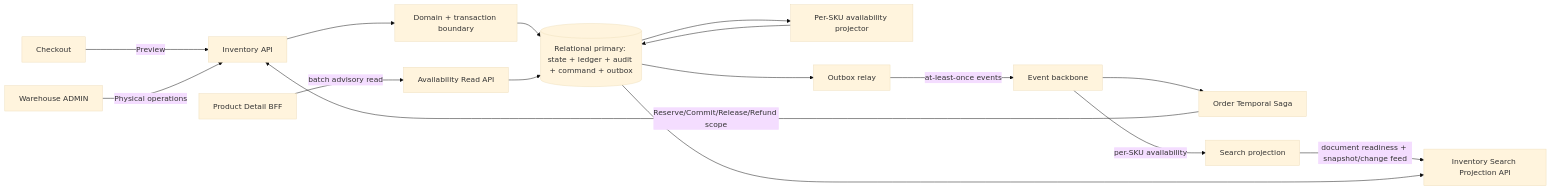
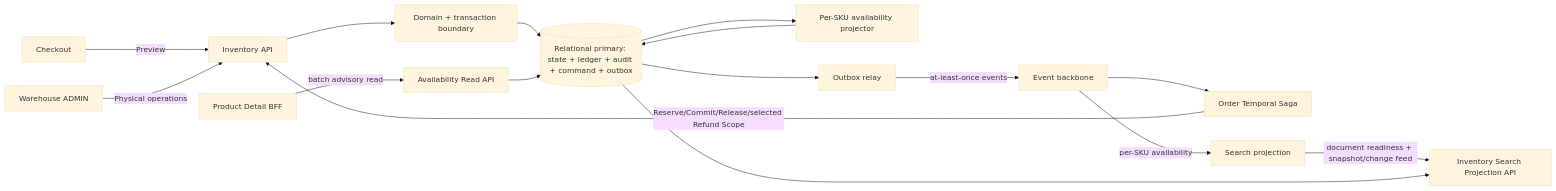
Before and after one commit to quangdung2110/e-commerce-microservices: the diagram in docs/inventory/architecture.md, drawn with Mermaid (base theme). The commit also changed other lines of this file and 21 other files, not shown here.

First line of the commit message:
docs(inventory): align selected return scope and pre-dispatch release

````diff
--- a/docs/inventory/architecture.md
+++ b/docs/inventory/architecture.md
@@ -13,18 +13,18 @@
 ```mermaid
 flowchart LR
   Checkout -->|Preview| API[Inventory API]
-  Order[Order Temporal Saga] -->|Reserve/Commit/Release/Refund scope| API
+  Order[Order Temporal Saga] -->|Reserve/Commit/Release/selected Refund Scope| API
   Admin[Warehouse ADMIN] -->|Physical operations| API
   PDP[Product Detail BFF] -->|batch advisory read| AR[Availability Read API]
   API --> Domain[Domain + transaction boundary]
   Domain --> DB[(Relational primary: state + ledger + audit + command + outbox)]
   DB --> AP[Per-SKU availability projector]
   AP --> DB
   AR --> DB
   Relay[Outbox relay] -->|at-least-once events| Bus[Event backbone]
   DB --> Relay
   Bus --> Order
   Bus -->|per-SKU availability| Search[Search projection]
   Search -->|document readiness + snapshot/change feed| Export[Inventory Search Projection API]
   DB --> Export
 ```
````
